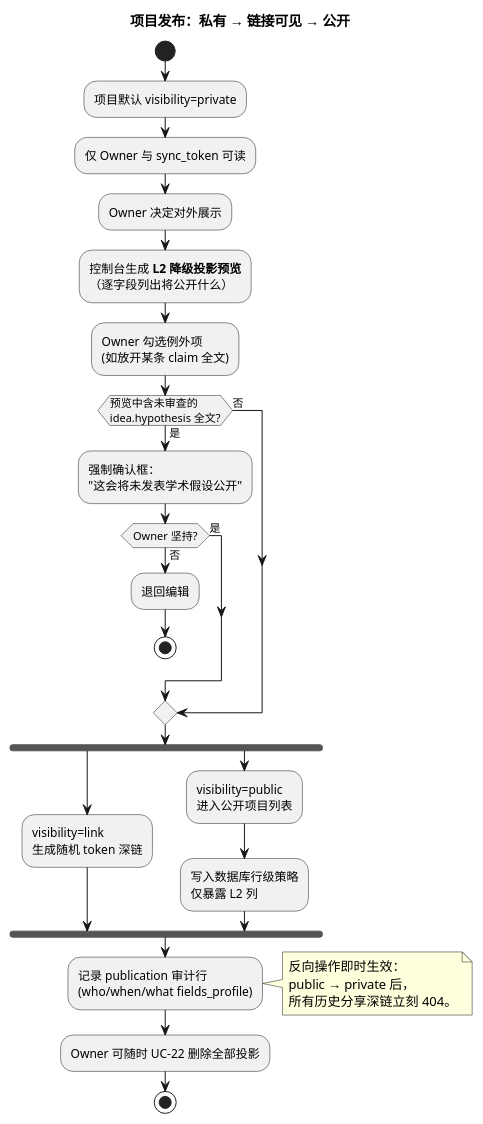
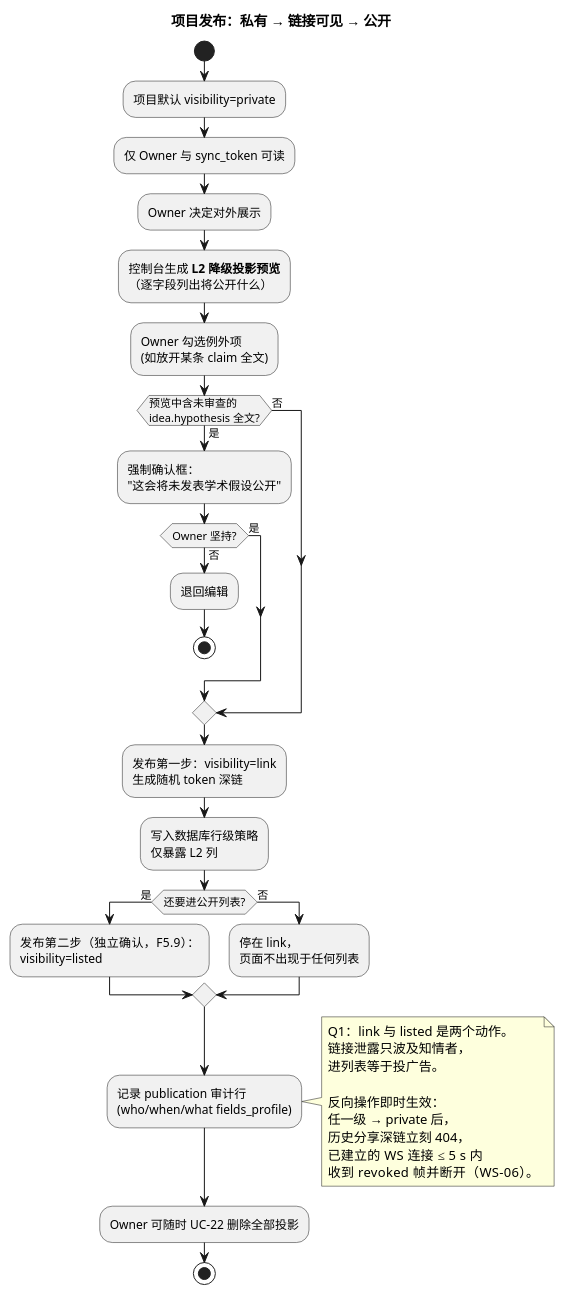
The fourth of 6 diagrams in docs/web-console/DIAGRAMS.md (tangfire/ideaseek), drawn with PlantUML before and after one commit. The commit also changed other lines of this file and 5 other files, not shown here.

````diff
--- a/docs/web-console/DIAGRAMS.md
+++ b/docs/web-console/DIAGRAMS.md
@@ -219,41 +229,49 @@
 ```plantuml
 @startuml
 title 项目发布：私有 → 链接可见 → 公开
 
 start
 :项目默认 visibility=private;
 :仅 Owner 与 sync_token 可读;
 
 :Owner 决定对外展示;
 :控制台生成 **L2 降级投影预览**\n（逐字段列出将公开什么）;
 :Owner 勾选例外项\n(如放开某条 claim 全文);
 
 if (预览中含未审查的\nidea.hypothesis 全文?) then (是)
   :强制确认框：\n"这会将未发表学术假设公开";
   if (Owner 坚持?) then (否)
     :退回编辑;
     stop
   else (是)
   endif
 else (否)
 endif
 
-fork
-  :visibility=link\n生成随机 token 深链;
-fork again
-  :visibility=public\n进入公开项目列表;
-  :写入数据库行级策略\n仅暴露 L2 列;
-end fork
+:发布第一步：visibility=link\n生成随机 token 深链;
+:写入数据库行级策略\n仅暴露 L2 列;
+
+if (还要进公开列表?) then (是)
+  :发布第二步（独立确认，F5.9）：\nvisibility=listed;
+else (否)
+  :停在 link，\n页面不出现于任何列表;
+endif
 
 :记录 publication 审计行\n(who/when/what fields_profile);
 
 note right
+  Q1：link 与 listed 是两个动作。
+  链接泄露只波及知情者，
+  进列表等于投广告。
+
   反向操作即时生效：
-  public → private 后，
-  所有历史分享深链立刻 404。
+  任一级 → private 后，
+  历史分享深链立刻 404，
+  已建立的 WS 连接 ≤ 5 s 内
+  收到 revoked 帧并断开（WS-06）。
 end note
 
 :Owner 可随时 UC-22 删除全部投影;
 stop
 @enduml
 ```
````
